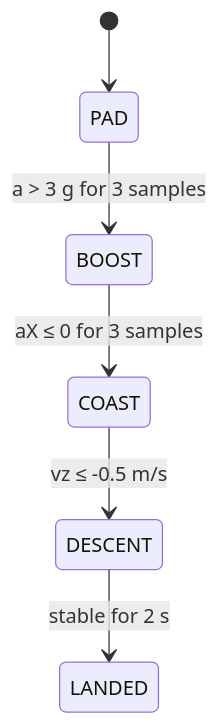
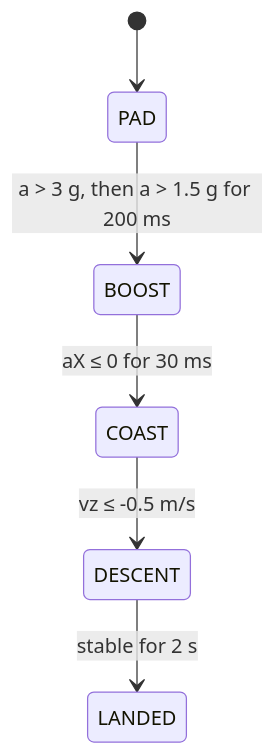
The first of 3 diagrams in docs/technical/STATE_MACHINES.md (rotellini9809/perpetual_code), drawn with Mermaid before and after one commit. The commit also changed other lines of this file and 22 other files, not shown here.

````diff
--- a/docs/technical/STATE_MACHINES.md
+++ b/docs/technical/STATE_MACHINES.md
@@ -31,8 +32,8 @@
 ```mermaid
 stateDiagram-v2
     [*] --> PAD
-    PAD --> BOOST: a > 3 g for 3 samples
-    BOOST --> COAST: aX ≤ 0 for 3 samples
+    PAD --> BOOST: a > 3 g, then a > 1.5 g for 200 ms
+    BOOST --> COAST: aX ≤ 0 for 30 ms
     COAST --> DESCENT: vz ≤ -0.5 m/s
     DESCENT --> LANDED: stable for 2 s
 ```
````
